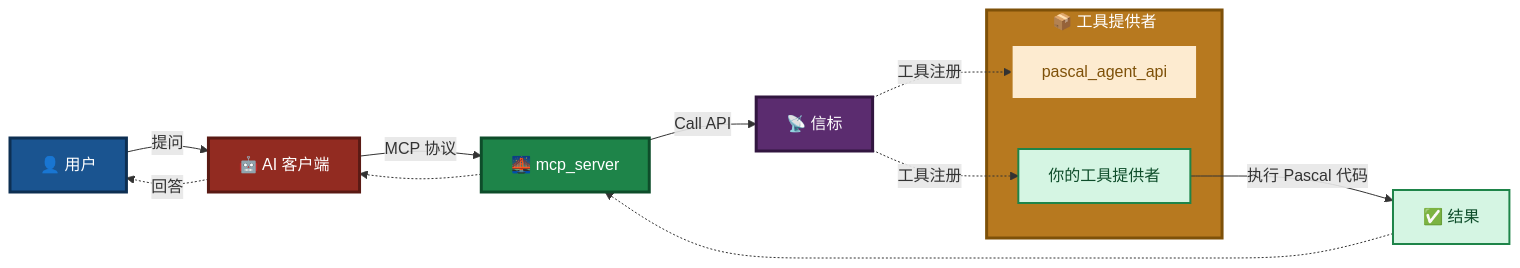
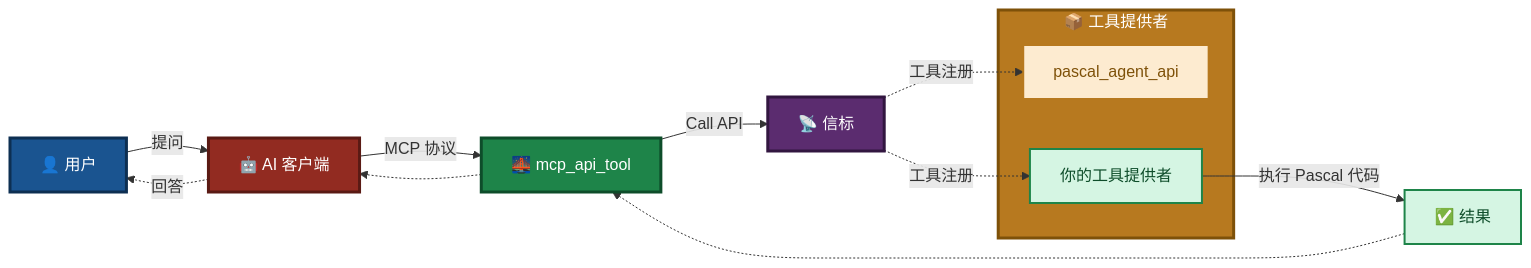
Before and after one commit to PassByYou888/LingoFuse-pasAgent: the third of 16 diagrams in LingoFuse_Python_Binding_Migration_Record.md, drawn with Mermaid. The commit also changed other lines of this file and 33 other files, not shown here.

````diff
--- a/LingoFuse_Python_Binding_Migration_Record.md
+++ b/LingoFuse_Python_Binding_Migration_Record.md
@@ -136,27 +143,27 @@
 ```mermaid
 flowchart LR
     User["👤 用户"] -->|"提问"| AI["🤖 AI 客户端"]
-    AI -->|"MCP 协议"| MCP["🌉 mcp_server"]
+    AI -->|"MCP 协议"| MCP["🌉 mcp_api_tool"]
     MCP -->|"Call API"| Beacon["📡 信标"]
 
     subgraph TOOLS["📦 工具提供者"]
         A1["pascal_agent_api"]
         A2["你的工具提供者"]
     end
 
     Beacon -.->|"工具注册"| A1
     Beacon -.->|"工具注册"| A2
     A2 -->|"执行 Pascal 代码"| Result["✅ 结果"]
     Result -.-> MCP
     MCP -.-> AI
     AI -.->|"回答"| User
 
     style User fill:#1A5490,stroke:#0D2F52,stroke-width:3px,color:#FFFFFF
     style AI fill:#922B21,stroke:#5A1A14,stroke-width:3px,color:#FFFFFF
     style MCP fill:#1E8449,stroke:#0E4D2A,stroke-width:3px,color:#FFFFFF
     style Beacon fill:#5B2C6F,stroke:#321640,stroke-width:3px,color:#FFFFFF
     style TOOLS fill:#B7791F,stroke:#7E5109,stroke-width:3px,color:#FFFFFF
     style A1 fill:#FDEBD0,stroke:#B7791F,stroke-width:2px,color:#7E5109
     style A2 fill:#D5F5E3,stroke:#1E8449,stroke-width:2px,color:#0E4D2A
     style Result fill:#D5F5E3,stroke:#1E8449,stroke-width:2px,color:#0E4D2A
 ```
````
